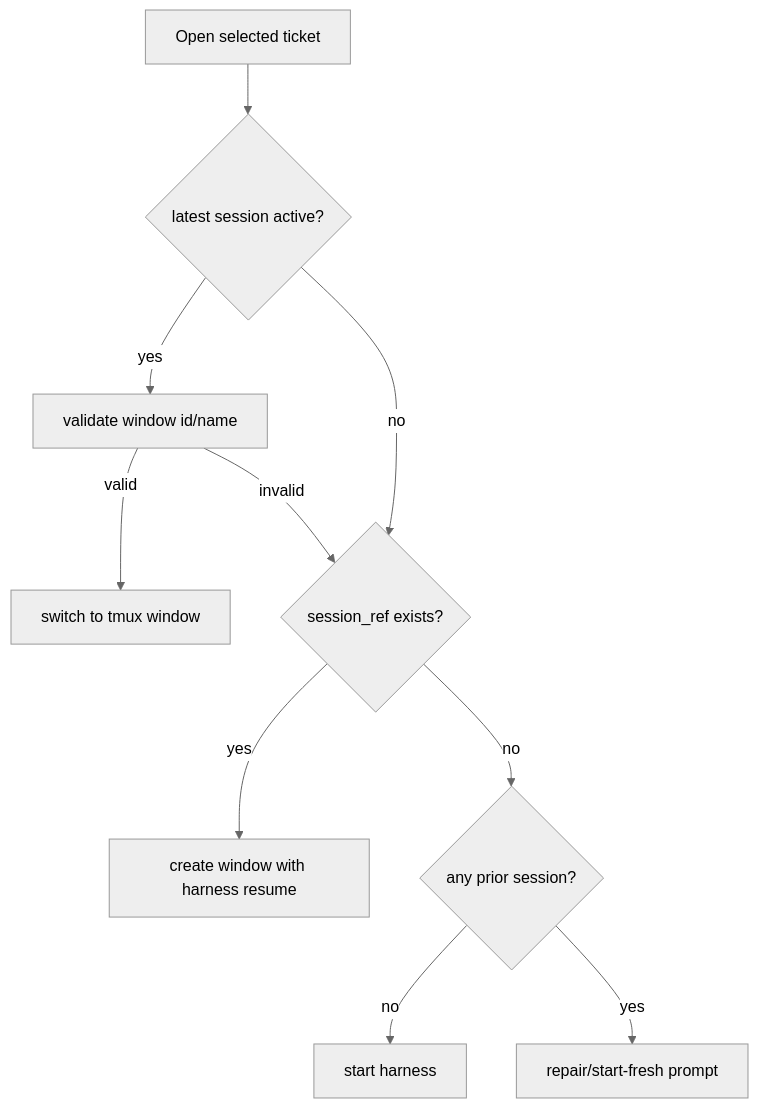
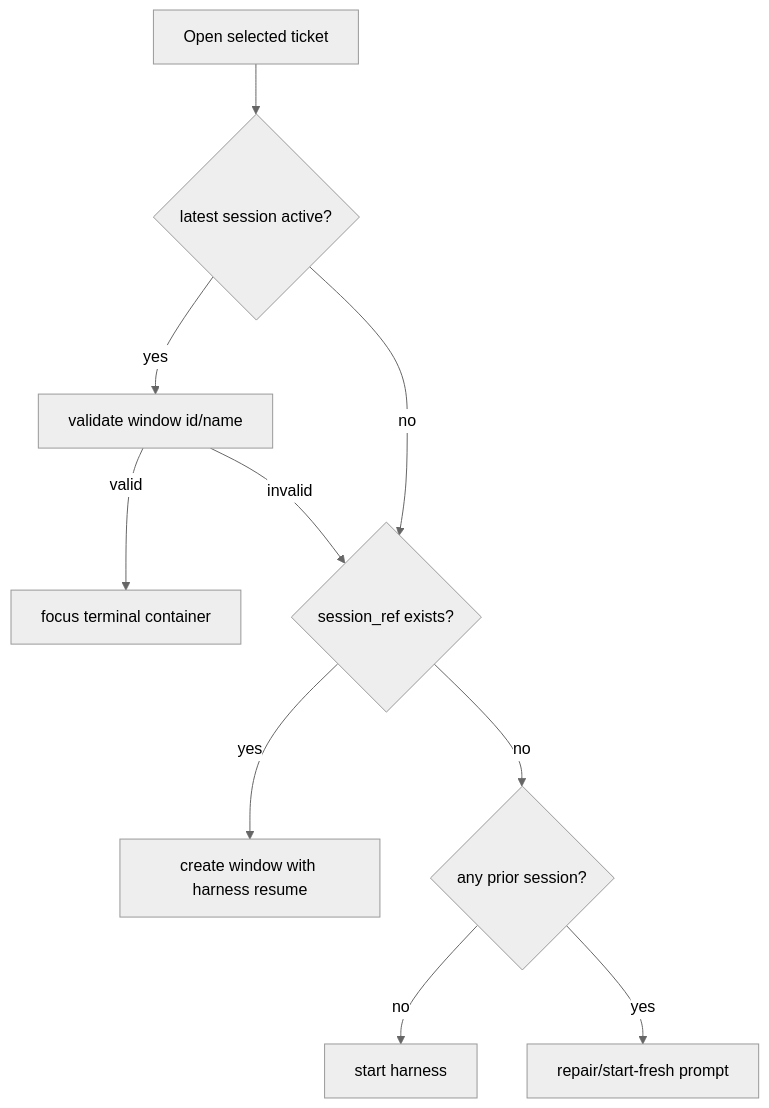
Before and after one commit to carlotran4/kanbi: the fifth of 6 diagrams in docs/state-management.md, drawn with Mermaid (neutral theme). The commit also changed other lines of this file and 12 other files, not shown here.

````diff
--- a/docs/state-management.md
+++ b/docs/state-management.md
@@ -105,12 +105,12 @@
 ```mermaid
 flowchart TD
     Open[Open selected ticket] --> Active{latest session active?}
     Active -- yes --> Validate[validate window id/name]
-    Validate -- valid --> Switch[switch to tmux window]
+    Validate -- valid --> Switch[focus terminal container]
     Validate -- invalid --> Ref{session_ref exists?}
     Active -- no --> Ref
     Ref -- yes --> Resume[create window with harness resume]
     Ref -- no --> Started{any prior session?}
     Started -- no --> Start[start harness]
     Started -- yes --> Repair[repair/start-fresh prompt]
 ```
````
